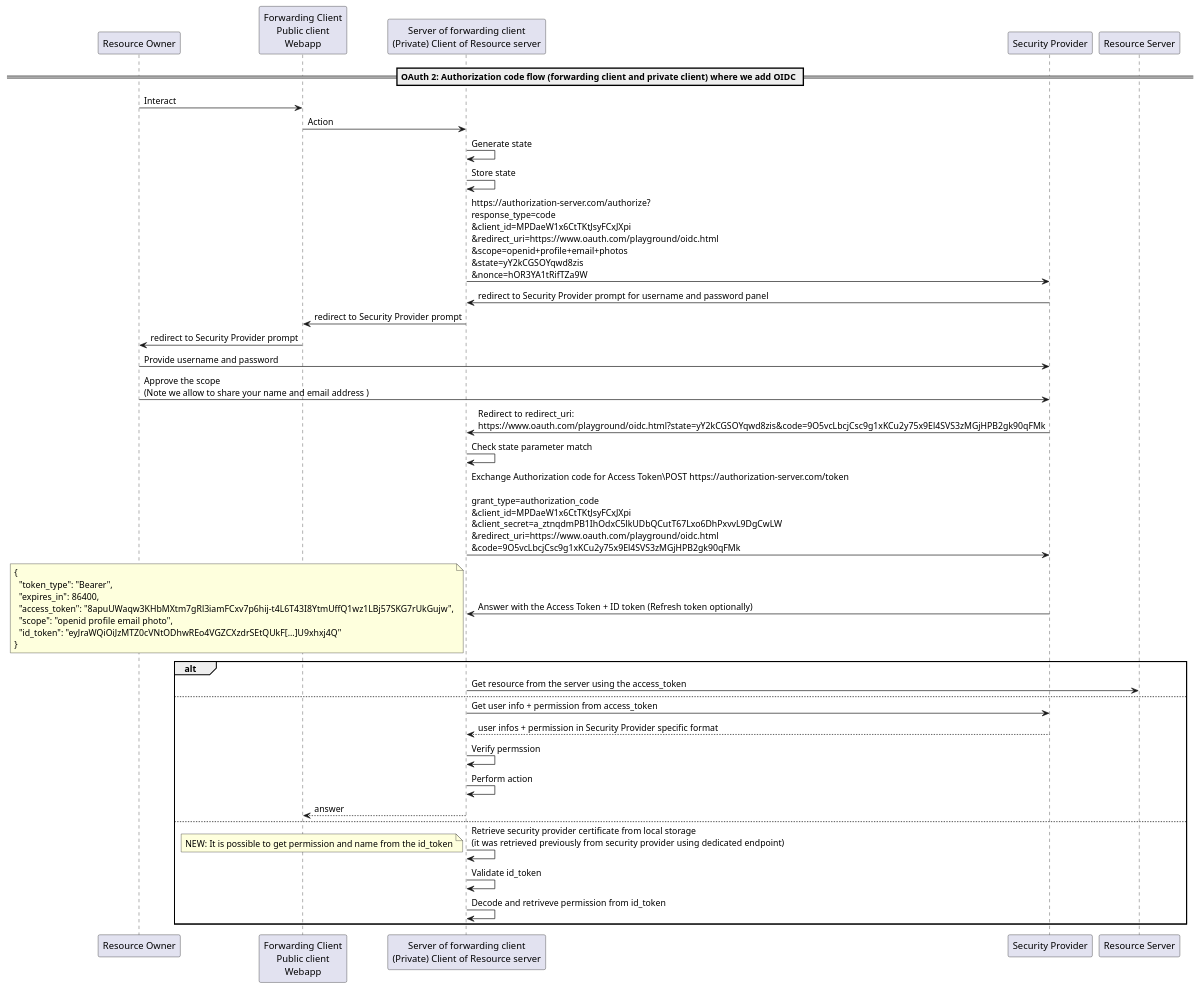
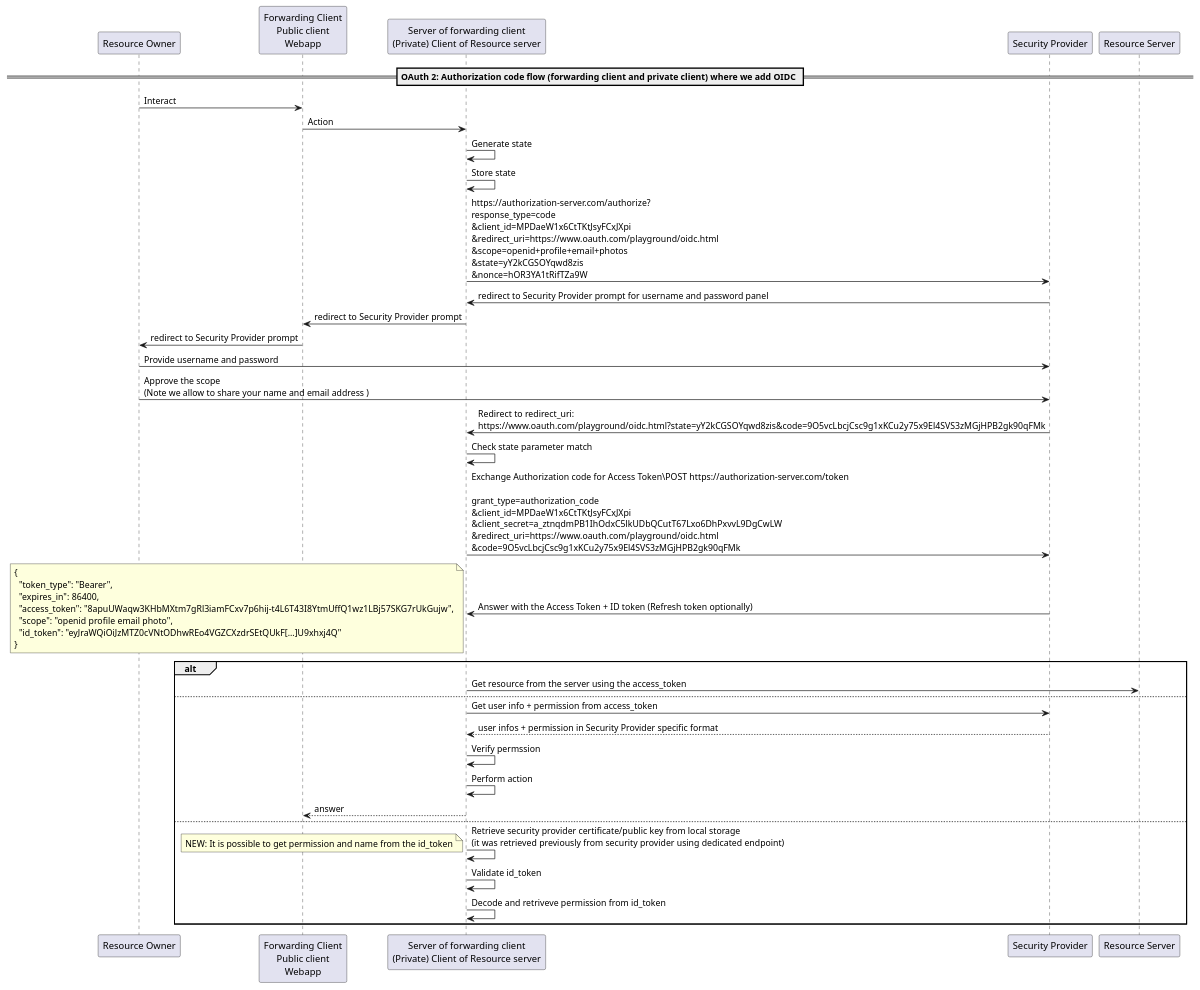
The diagram in oauth/99-oauth2.0andOpenID.puml (scoulomb/misc-notes), drawn with PlantUML before and after one commit. The commit also changed 4 other files, not shown here.

```diff
--- a/oauth/99-oauth2.0andOpenID.puml
+++ b/oauth/99-oauth2.0andOpenID.puml
@@ -1,71 +1,72 @@
 @startuml
 
 ' From https://www.oauth.com/playground/oidc.html
 ' > OpenID Connect supports many of the same flows as OAuth 2.0.
 ' > At the end of the OpenID Connect process, the client ends up with an "ID Token",
 ' > which contains information about the user who signed in. 
 ' > This token is encoded and signed, and the client is expected to parse it directly.
 ' > When a client uses an OpenID Connect flow, 
 ' > it can request an access token in addition to an ID token.
 
 ' > In this example, we'll cover the OpenID Connect Authorization Code flow and request an ID token as well as an access token.
 
 ' Match exactly: https://www.oauth.com/playground/oidc.html
 
 
 participant "Resource Owner" as RO
 participant "Forwarding Client\nPublic client\nWebapp" as FWDC
 participant "Server of forwarding client\n(Private) Client of Resource server" as C 
 participant "Security Provider" as SP 
 participant "Resource Server" as RS 
 
 
 == OAuth 2: Authorization code flow (forwarding client and private client) where we add OIDC ==
 
 RO -> FWDC: Interact 
 FWDC -> C: Action 
 C -> C: Generate state
 C -> C: Store state
 C -> SP: https://authorization-server.com/authorize? \nresponse_type=code \n&client_id=MPDaeW1x6CtTKtJsyFCxJXpi \n&redirect_uri=https://www.oauth.com/playground/oidc.html \n&scope=openid+profile+email+photos \n&state=yY2kCGSOYqwd8zis \n&nonce=hOR3YA1tRifTZa9W
 SP -> C: redirect to Security Provider prompt for username and password panel
 C -> FWDC: redirect to Security Provider prompt 
 FWDC -> RO: redirect to Security Provider prompt 
 RO -> SP: Provide username and password
 RO -> SP: Approve the scope\n(Note we allow to share your name and email address )
 SP -> C: Redirect to redirect_uri:\nhttps://www.oauth.com/playground/oidc.html?state=yY2kCGSOYqwd8zis&code=9O5vcLbcjCsc9g1xKCu2y75x9El4SVS3zMGjHPB2gk90qFMk
 C -> C: Check state parameter match
 C -> SP: Exchange Authorization code for Access Token\POST https://authorization-server.com/token \n \ngrant_type=authorization_code \n&client_id=MPDaeW1x6CtTKtJsyFCxJXpi \n&client_secret=a_ztnqdmPB1IhOdxC5lkUDbQCutT67Lxo6DhPxvvL9DgCwLW \n&redirect_uri=https://www.oauth.com/playground/oidc.html \n&code=9O5vcLbcjCsc9g1xKCu2y75x9El4SVS3zMGjHPB2gk90qFMk 
 SP -> C: Answer with the Access Token + ID token (Refresh token optionally)
 Note bottom
 {
   "token_type": "Bearer",
   "expires_in": 86400,
   "access_token": "8apuUWaqw3KHbMXtm7gRl3iamFCxv7p6hij-t4L6T43I8YtmUffQ1wz1LBj57SKG7rUkGujw",
   "scope": "openid profile email photo",
   "id_token": "eyJraWQiOiJzMTZ0cVNtODhwREo4VGZCXzdrSEtQUkF[...]U9xhxj4Q"
 }
 end note
 alt
  C -> RS: Get resource from the server using the access_token
+  ' we have to call security provider to check token validity
 else
  C -> SP: Get user info + permission from access_token
  SP --> C: user infos + permission in Security Provider specific format
  C -> C: Verify permssion 
  C -> C: Perform action
  C --> FWDC: answer
 else
-C -> C: Retrieve security provider certificate from local storage\n(it was retrieved previously from security provider using dedicated endpoint)
+C -> C: Retrieve security provider certificate/public key from local storage\n(it was retrieved previously from security provider using dedicated endpoint)
 Note bottom
 NEW: It is possible to get permission and name from the id_token
 end note
 C -> C: Validate id_token 
 C -> C: Decode and retriveve permission from id_token
 end
 
 ' Match https://www.oauth.com/playground/oidc.html 
 
 ' For server to accept ID token from google we just need to use a public certificate from google
 ' (the one which was used to sign the token)
 
 
 @enduml
```
